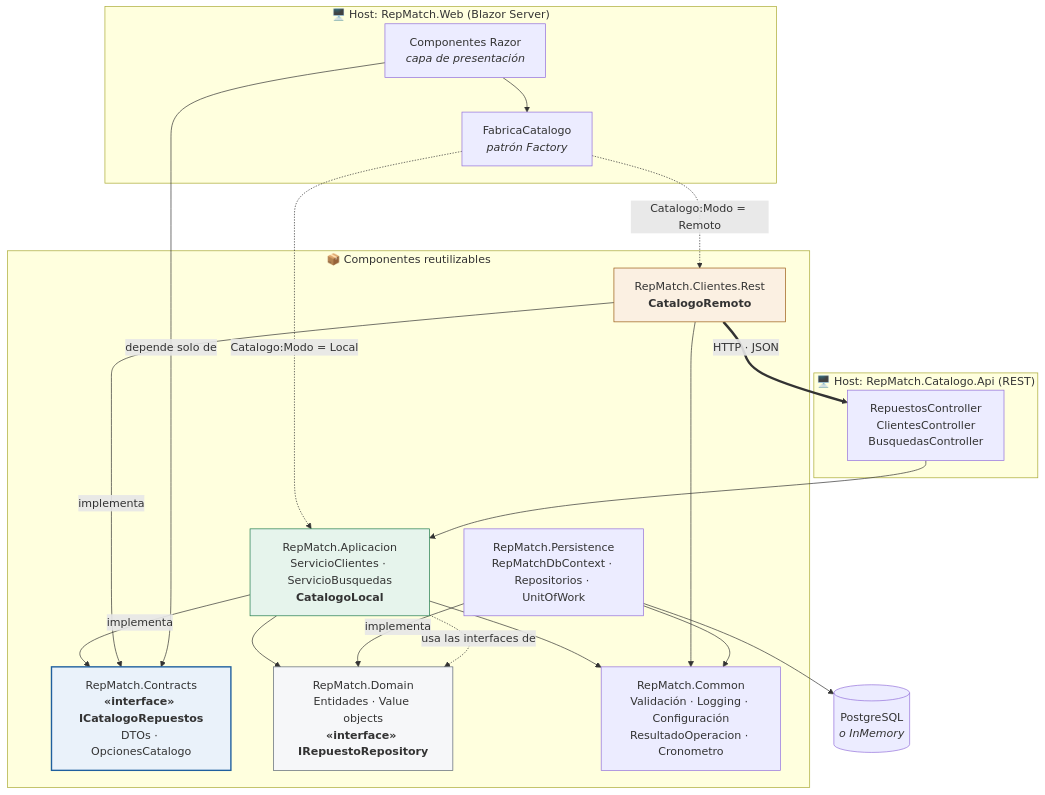
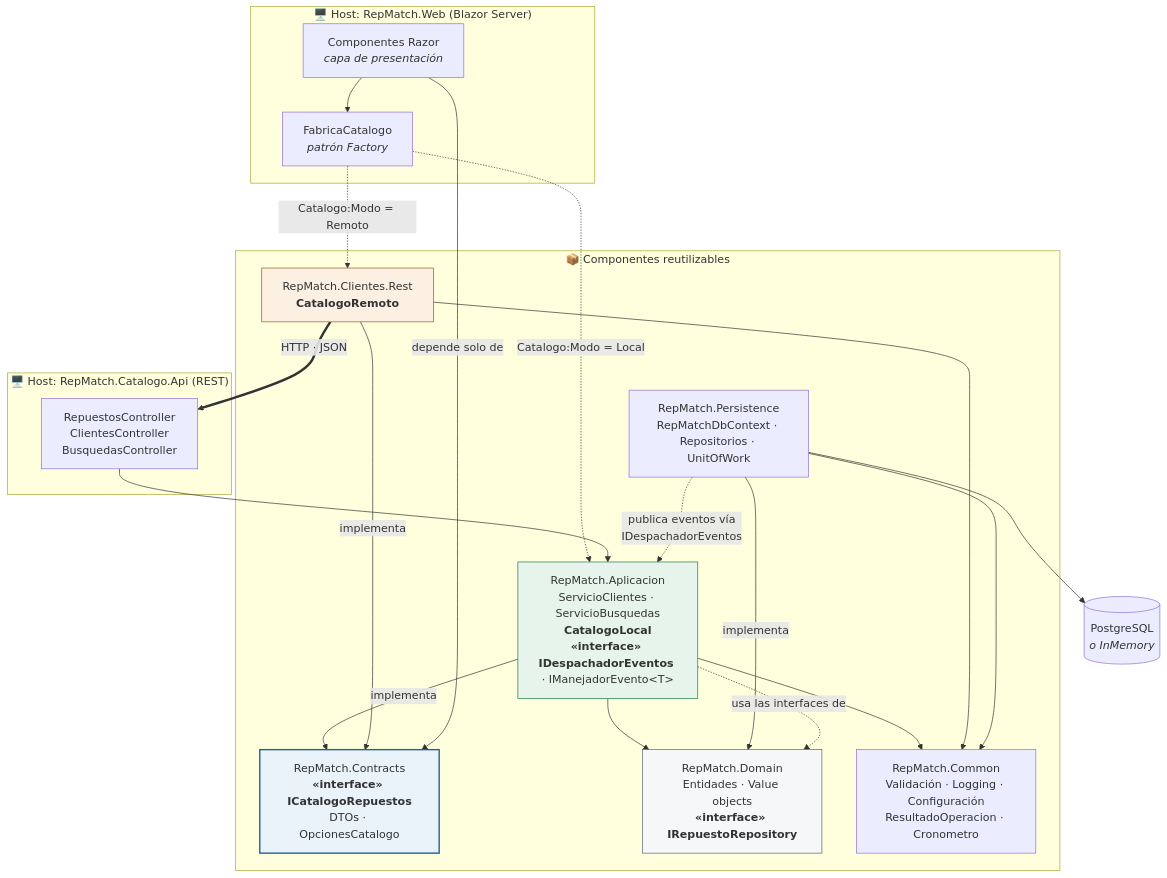
The diagram in docs/diagramas/componentes.md (lfb-00/tp-apps-2), drawn with Mermaid before and after one commit. The commit also changed other lines of this file and 13 other files, not shown here.

````diff
--- a/docs/diagramas/componentes.md
+++ b/docs/diagramas/componentes.md
@@ -20,47 +20,48 @@
 ```mermaid
 flowchart TB
     subgraph host_web["🖥️ Host: RepMatch.Web (Blazor Server)"]
         UI["Componentes Razor<br/><i>capa de presentación</i>"]
         FAB["FabricaCatalogo<br/><i>patrón Factory</i>"]
     end
 
     subgraph host_api["🖥️ Host: RepMatch.Catalogo.Api (REST)"]
         CTRL["RepuestosController<br/>ClientesController<br/>BusquedasController"]
     end
 
     subgraph comp["📦 Componentes reutilizables"]
-        APP["RepMatch.Aplicacion<br/>ServicioClientes · ServicioBusquedas<br/><b>CatalogoLocal</b>"]
+        APP["RepMatch.Aplicacion<br/>ServicioClientes · ServicioBusquedas<br/><b>CatalogoLocal</b><br/><b>«interface» IDespachadorEventos</b> · IManejadorEvento&lt;T&gt;"]
         REST["RepMatch.Clientes.Rest<br/><b>CatalogoRemoto</b>"]
         CON["RepMatch.Contracts<br/><b>«interface» ICatalogoRepuestos</b><br/>DTOs · OpcionesCatalogo"]
         PER["RepMatch.Persistence<br/>RepMatchDbContext · Repositorios · UnitOfWork"]
         DOM["RepMatch.Domain<br/>Entidades · Value objects<br/><b>«interface» IRepuestoRepository</b>"]
         COM["RepMatch.Common<br/>Validación · Logging · Configuración<br/>ResultadoOperacion · Cronometro"]
     end
 
     BD[("PostgreSQL<br/><i>o InMemory</i>")]
 
     UI --> FAB
     FAB -. "Catalogo:Modo = Local" .-> APP
     FAB -. "Catalogo:Modo = Remoto" .-> REST
 
     APP -- implementa --> CON
     REST -- implementa --> CON
     UI -- "depende solo de" --> CON
 
     REST == "HTTP · JSON" ==> CTRL
     CTRL --> APP
 
     APP --> DOM
     APP --> COM
     REST --> COM
     PER -- implementa --> DOM
     PER --> COM
     PER --> BD
+    PER -. "publica eventos vía<br/>IDespachadorEventos" .-> APP
 
     APP -. "usa las interfaces de" .-> DOM
 
     style CON fill:#eaf2fa,stroke:#1f5f9e,stroke-width:2px
     style APP fill:#e6f4ec,stroke:#1f7a4d
     style REST fill:#fbf0e2,stroke:#9a5b13
     style DOM fill:#f6f7f9,stroke:#5b6472
 ```
````
